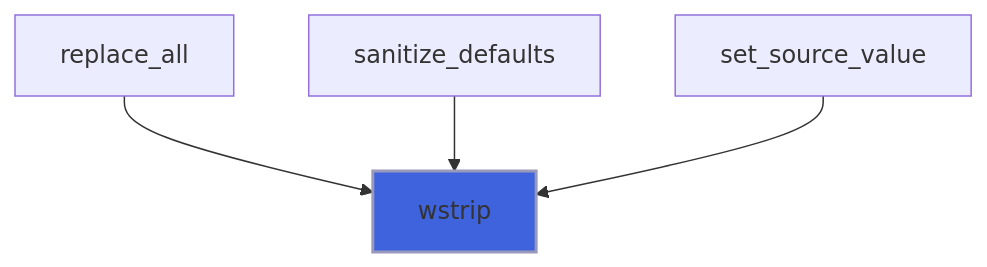
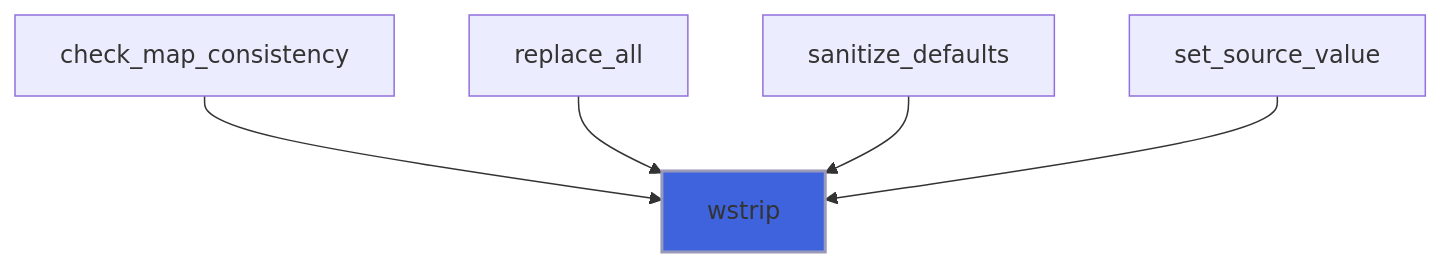
Diagram 16 of 16 in docs/api/src/lib/flap_utils_m.md (szaghi/FLAP), drawn with Mermaid before and after one commit. The commit also changed other lines of this file and 16 other files, not shown here.

````diff
--- a/docs/api/src/lib/flap_utils_m.md
+++ b/docs/api/src/lib/flap_utils_m.md
@@ -580,7 +589,8 @@
 ```mermaid
 flowchart TD
+  check_map_consistency["check_map_consistency"] --> wstrip["wstrip"]
   replace_all["replace_all"] --> wstrip["wstrip"]
   sanitize_defaults["sanitize_defaults"] --> wstrip["wstrip"]
   set_source_value["set_source_value"] --> wstrip["wstrip"]
   style wstrip fill:#3e63dd,stroke:#99b,stroke-width:2px
 ```
````
